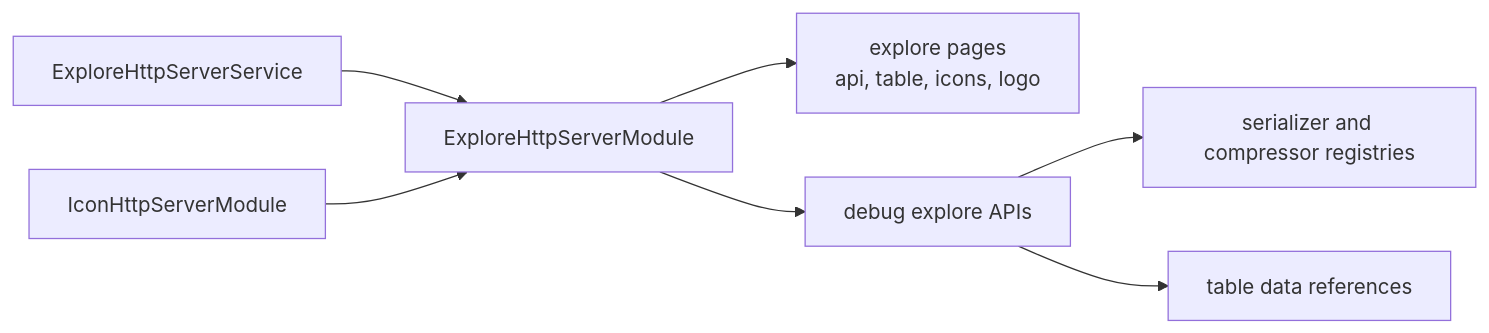
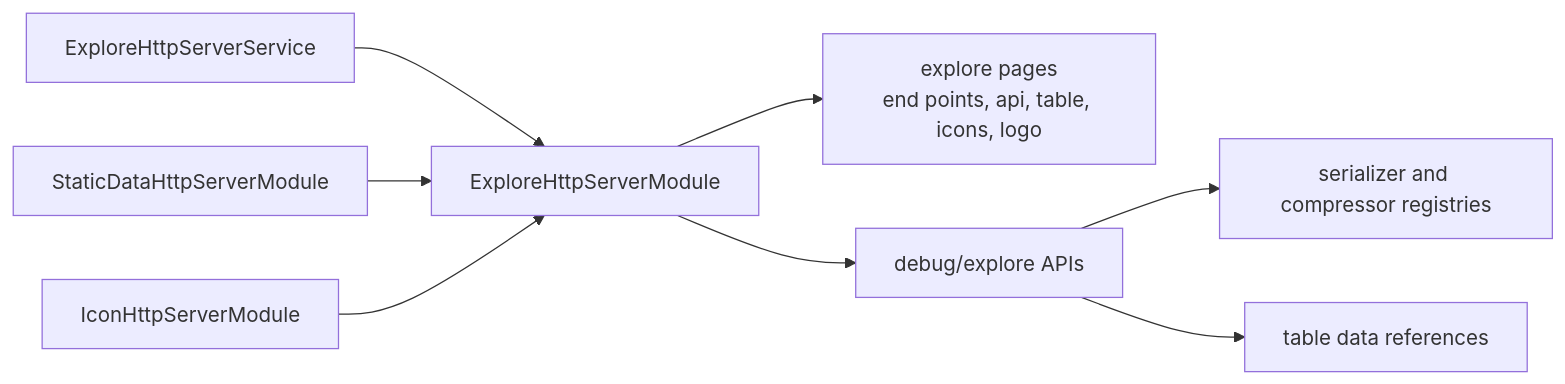
One commit to dosh1974/SysWeaver changed the diagram in SysWeaver.HttpServer.ExploreModule/README.md. Above: the diagram before and after it, drawn with Mermaid. The commit also changed other lines of this file and 532 other files, not shown here.

````diff
--- a/SysWeaver.HttpServer.ExploreModule/README.md
+++ b/SysWeaver.HttpServer.ExploreModule/README.md
@@ -18,9 +18,10 @@
 ```mermaid
 flowchart LR
   ExpS["ExploreHttpServerService"] --> Mod["ExploreHttpServerModule"]
-  Mod --> Pages["explore pages<br/>api, table, icons, logo"]
-  Mod --> Api["debug explore APIs"]
+  Static["StaticDataHttpServerModule"] --> Mod
   Icons["IconHttpServerModule"] --> Mod
+  Mod --> Pages["explore pages<br/>end points, api, table, icons, logo"]
+  Mod --> Api["debug/explore APIs"]
   Api --> SerComp["serializer and compressor registries"]
   Api --> Refs["table data references"]
 ```
````
